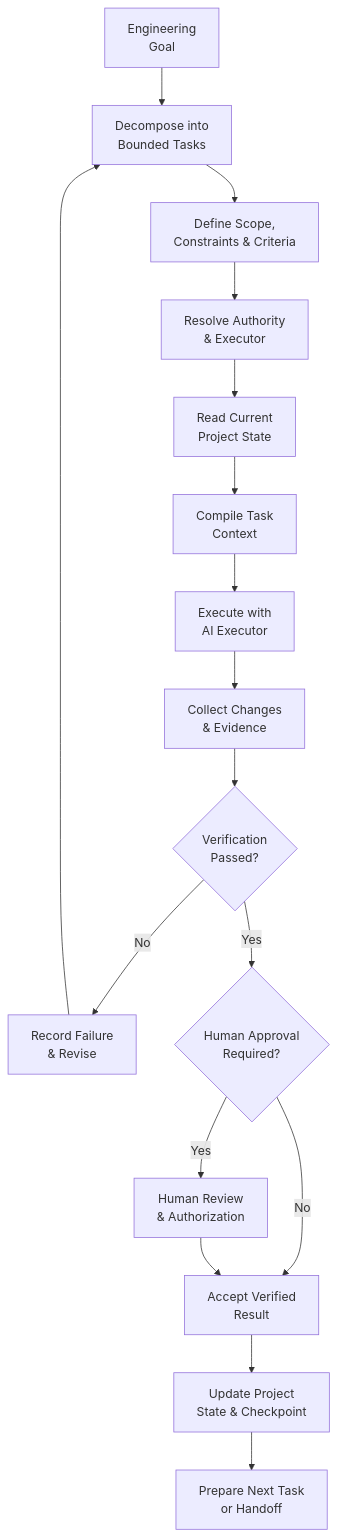
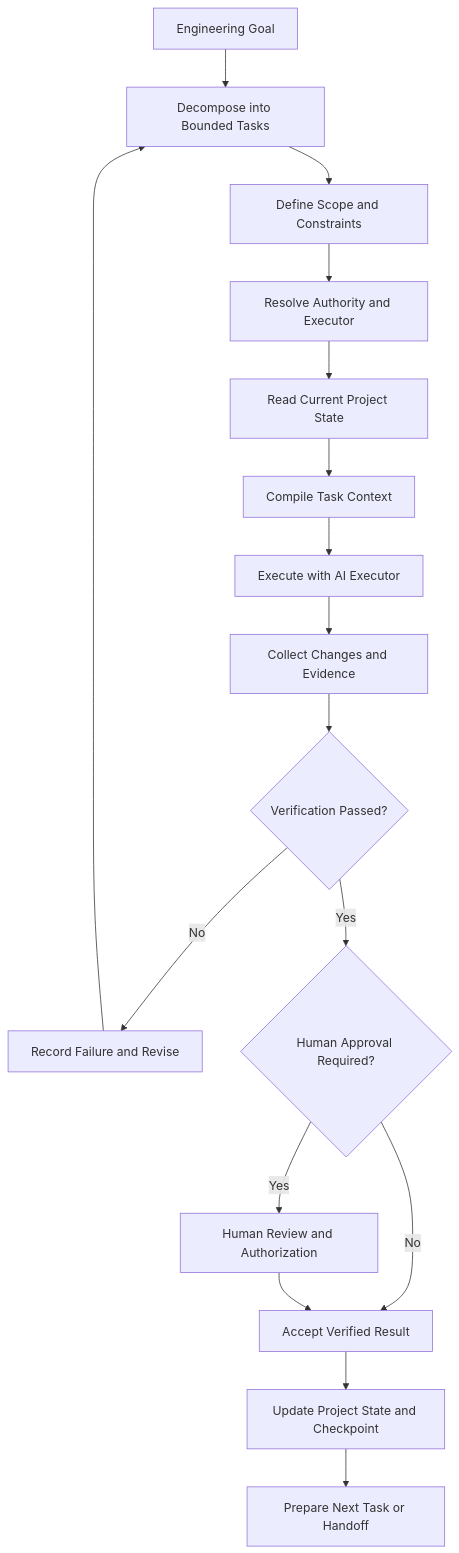
The diagram in README.md (donghp/beyond-vibe-coding), drawn with Mermaid before and after one commit. The commit also changed other lines of this file, not shown here.

````diff
--- a/README.md
+++ b/README.md
@@ -85,19 +150,19 @@
 ```mermaid
 flowchart TD
-    A["Engineering<br/>Goal"] --> B["Decompose into<br/>Bounded Tasks"]
-    B --> C["Define Scope,<br/>Constraints & Criteria"]
-    C --> D["Resolve Authority<br/>& Executor"]
-    D --> E["Read Current<br/>Project State"]
-    E --> F["Compile Task<br/>Context"]
-    F --> G["Execute with<br/>AI Executor"]
-    G --> H["Collect Changes<br/>& Evidence"]
-    H --> I{"Verification<br/>Passed?"}
-    I -- "No" --> J["Record Failure<br/>& Revise"]
+    A["Engineering Goal"] --> B["Decompose into Bounded Tasks"]
+    B --> C["Define Scope and Constraints"]
+    C --> D["Resolve Authority and Executor"]
+    D --> E["Read Current Project State"]
+    E --> F["Compile Task Context"]
+    F --> G["Execute with AI Executor"]
+    G --> H["Collect Changes and Evidence"]
+    H --> I{"Verification Passed?"}
+    I -->|"No"| J["Record Failure and Revise"]
     J --> B
-    I -- "Yes" --> K{"Human Approval<br/>Required?"}
-    K -- "Yes" --> L["Human Review<br/>& Authorization"]
-    K -- "No" --> M["Accept Verified<br/>Result"]
+    I -->|"Yes"| K{"Human Approval Required?"}
+    K -->|"Yes"| L["Human Review and Authorization"]
+    K -->|"No"| M["Accept Verified Result"]
     L --> M
-    M --> N["Update Project<br/>State & Checkpoint"]
-    N --> O["Prepare Next Task<br/>or Handoff"]
+    M --> N["Update Project State and Checkpoint"]
+    N --> O["Prepare Next Task or Handoff"]
 ```
````
